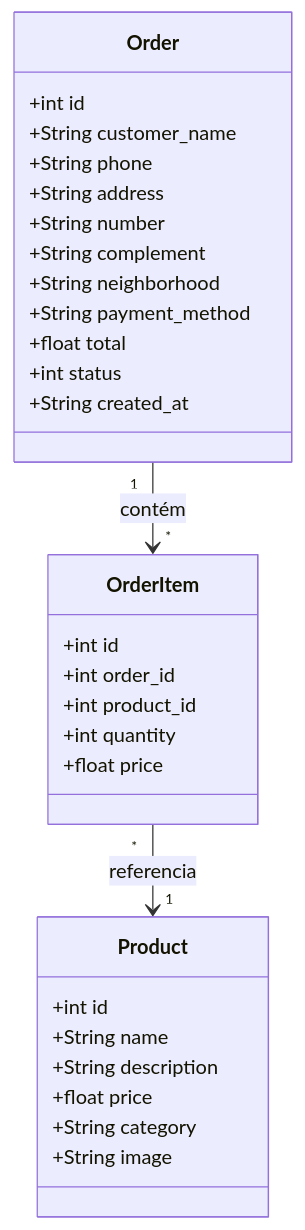
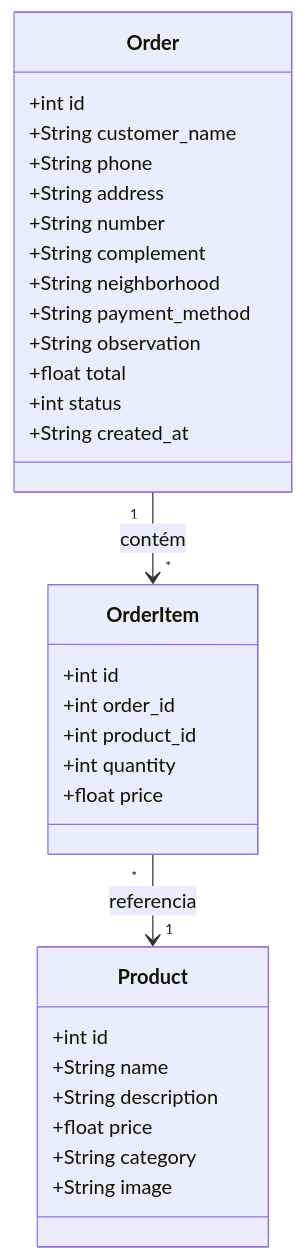
The second of 2 diagrams in docs/uml.md (devmnl/cupcake-gourmet), drawn with Mermaid before and after one commit. The commit also changed other lines of this file and 11 other files, not shown here.

````diff
--- a/docs/uml.md
+++ b/docs/uml.md
@@ -50,36 +53,37 @@
 ```mermaid
 classDiagram
     class Product {
         +int id
         +String name
         +String description
         +float price
         +String category
         +String image
     }
 
     class Order {
         +int id
         +String customer_name
         +String phone
         +String address
         +String number
         +String complement
         +String neighborhood
         +String payment_method
+        +String observation
         +float total
         +int status
         +String created_at
     }
 
     class OrderItem {
         +int id
         +int order_id
         +int product_id
         +int quantity
         +float price
     }
 
     Order "1" --> "*" OrderItem : contém
     OrderItem "*" --> "1" Product : referencia
 ```
````
